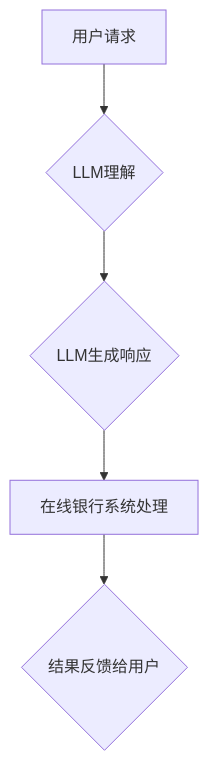
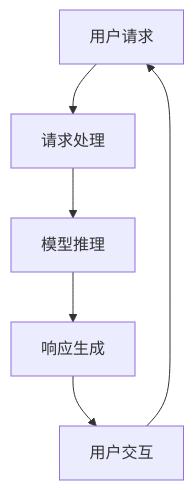
One commit to AIGeniusInstitute/pycnblog changed the third of 3 diagrams in agi/452/在线银行与 LLM：数字金融新体验.md. Above: the diagram before and after it, drawn with Mermaid. The commit also changed other lines of this file and 45677 other files, not shown here.

````diff
--- a/agi/452/在线银行与 LLM：数字金融新体验.md
+++ b/agi/452/在线银行与 LLM：数字金融新体验.md
@@ -33,7 +135,8 @@
 ```mermaid
 graph TD
-    A[用户请求] --> B{LLM理解}
-    B --> C{LLM生成响应}
-    C --> D[在线银行系统处理]
-    D --> E{结果反馈给用户}
+A[用户请求] --> B[请求处理]
+B --> C[模型推理]
+C --> D[响应生成]
+D --> E[用户交互]
+E --> A
 ```
````
